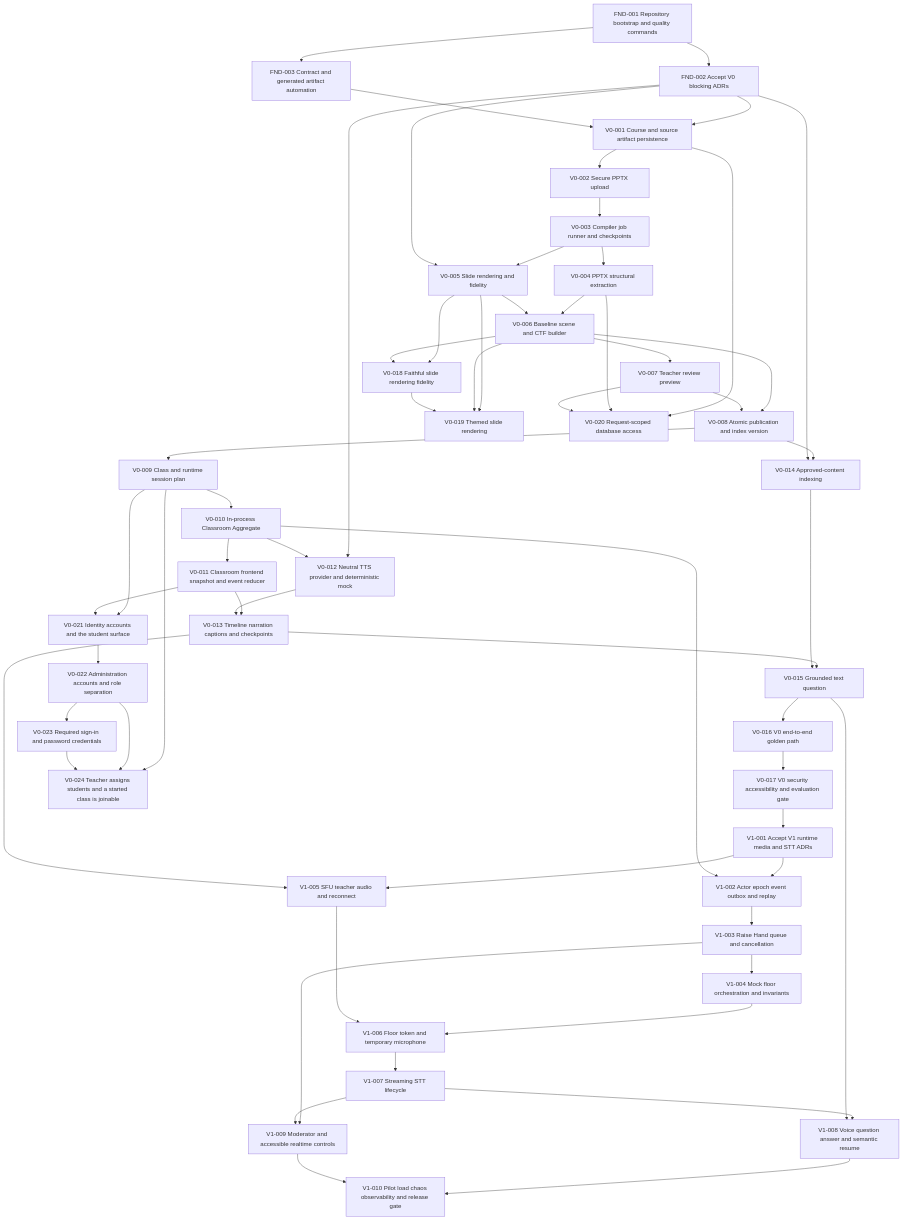
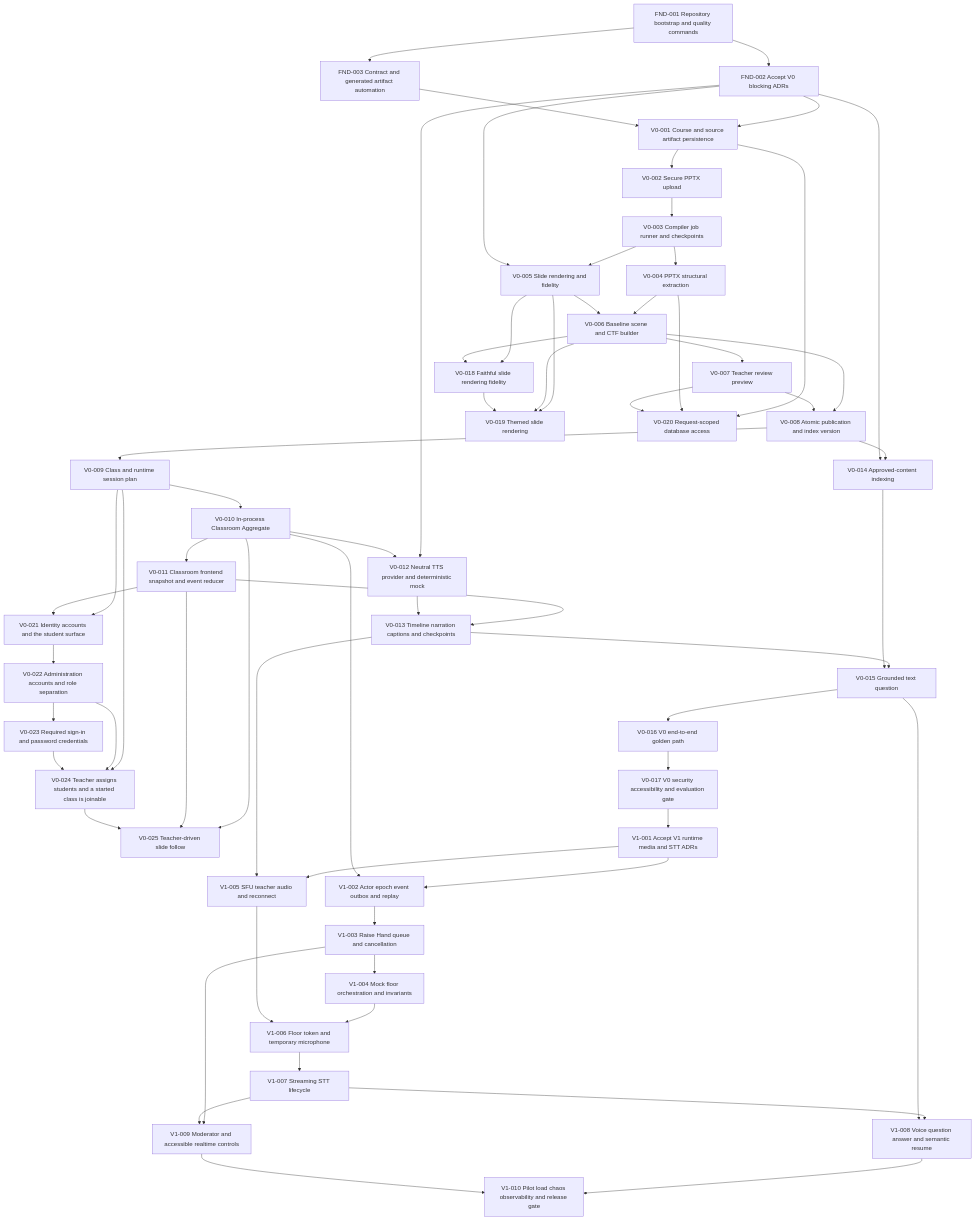
One commit to dnguyen24498/Mentora changed the diagram in tasks/DEPENDENCY_GRAPH.md. Above: the diagram before and after it, drawn with Mermaid. The commit also changed 25 other files, not shown here.

First line of the commit message:
V0-025: teacher drives the pinned slide and students follow

```diff
--- a/tasks/DEPENDENCY_GRAPH.md
+++ b/tasks/DEPENDENCY_GRAPH.md
@@ -71,6 +71,10 @@
   V0_009 --> V0_024
   V0_022 --> V0_024
   V0_023 --> V0_024
+  V0_025["V0-025 Teacher-driven slide follow"]
+  V0_010 --> V0_025
+  V0_011 --> V0_025
+  V0_024 --> V0_025
   V1_001["V1-001 Accept V1 runtime media and STT ADRs"]
   V0_017 --> V1_001
   V1_002["V1-002 Actor epoch event outbox and replay"]
```
